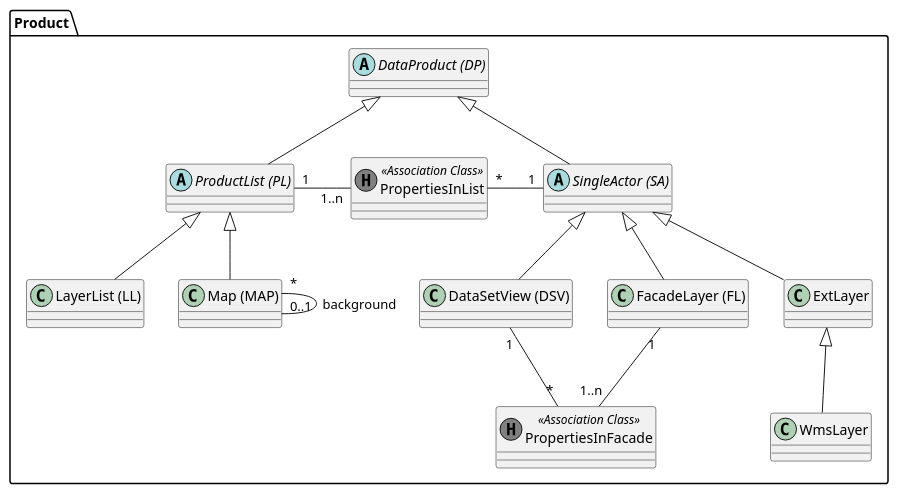
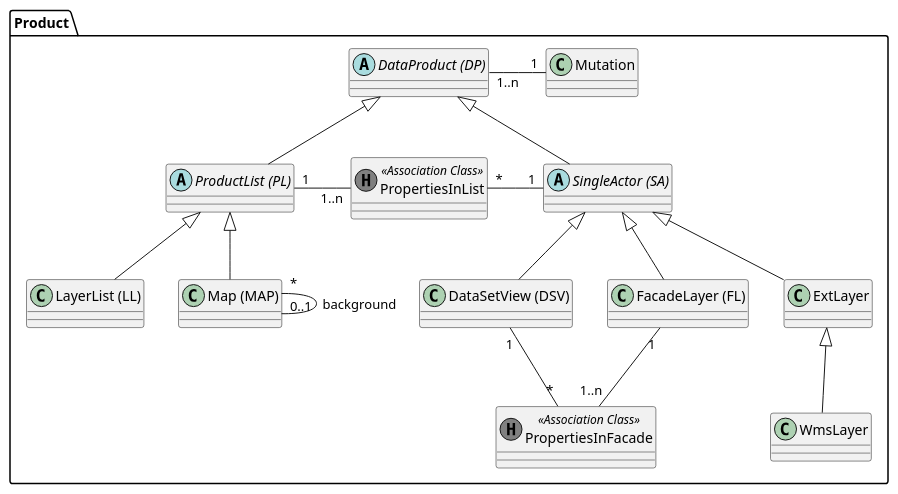
Before and after one commit to sogis/simi: the diagram in simi/doc/puml/src/simi_product.puml, drawn with PlantUML. The commit also changed 2 other files, not shown here.

Commit message:
Added AB Mutation

```diff
--- a/simi/doc/puml/src/simi_product.puml
+++ b/simi/doc/puml/src/simi_product.puml
@@ -1,39 +1,42 @@
 @startuml
 package Product {
+  class "Mutation" as ab
   abstract class "DataProduct (DP)" as dp
 
   abstract class "ProductList (PL)" as pl
   class "LayerList (LL)" as ll
   class "Map (MAP)" as map
 
   abstract class "SingleActor (SA)" as sa
   class "FacadeLayer (FL)" as fl
   class "DataSetView (DSV)" as dsv
   class "ExtLayer" as el
   class "WmsLayer" as wl
 
   class "PropertiesInFacade" as pif << (H, grey) Association Class >>
   class "PropertiesInList" as pil << (H, grey) Association Class >>
 
   dp <|-- pl
 
   pl <|-- ll
   pl <|-- map
 
   dp <|-- sa
 
   sa <|-- dsv
   sa <|-- fl
   sa <|-- el
 
   el <|-- wl
 
   pl "1" -right- "1..n" pil : "      "
   pil "*" -right- "1" sa : "      "
 
   map "*" -- "0..1" map : "background"
 
   fl "1" -- "1..n" pif : "      "
   pif "*" -up- "1" dsv : "      "
+
+  ab "1" -left- "1..n" dp : "      "
 }
 @enduml
```
